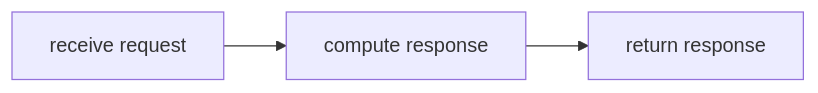
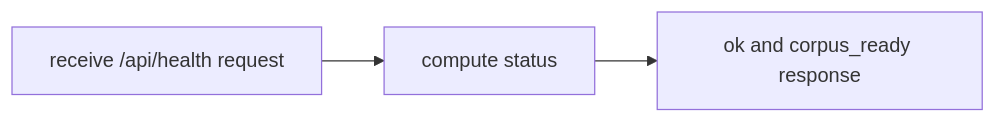
One commit to cptntrps/bookmatch changed the fifth of 5 diagrams in docs/3_WORKFLOWS.md. Above: the diagram before and after it, drawn with Mermaid. The commit also changed other lines of this file and 5 other files, not shown here.

````diff
--- a/docs/3_WORKFLOWS.md
+++ b/docs/3_WORKFLOWS.md
@@ -139,5 +133,5 @@
 ```mermaid
 graph LR
-    A[receive request] --> B[compute response]
-    B --> C[return response]
+    A[receive /api/health request] --> B[compute status]
+    B --> C[ok and corpus_ready response]
 ```
````
